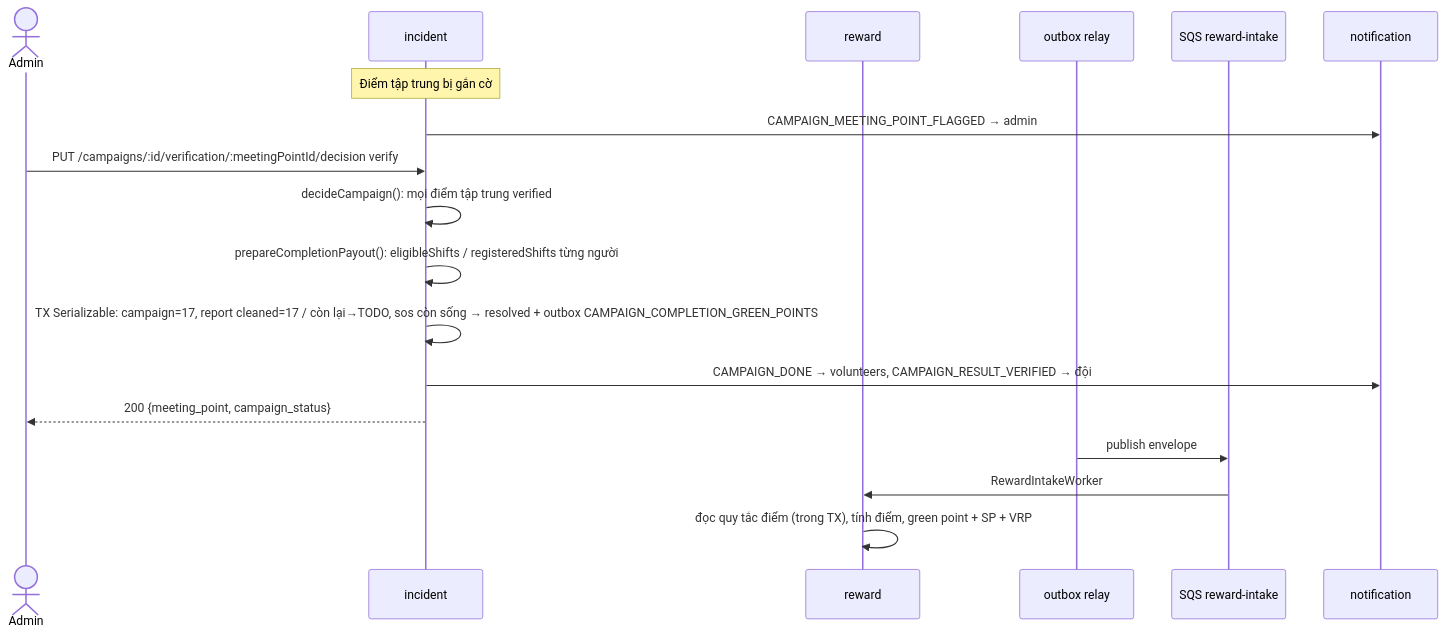
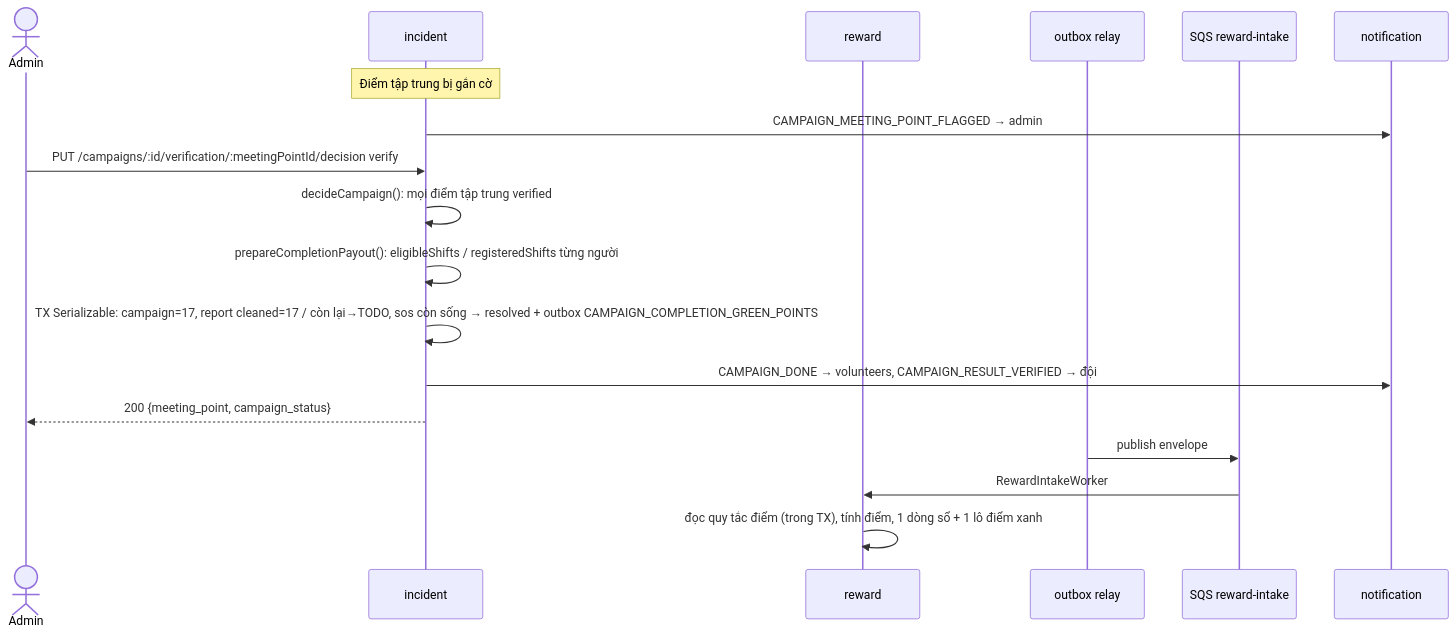
One commit to DOAN2-UQT-KN/ecolink-docs changed diagram 24 of 30 in 02-business-flows.md. Above: the diagram before and after it, drawn with Mermaid. The commit also changed other lines of this file and 10 other files, not shown here.

````diff
--- a/02-business-flows.md
+++ b/02-business-flows.md
@@ -1044,20 +1044,20 @@
 ```mermaid
 sequenceDiagram
   actor A as Admin
   participant INC as incident
   participant RW as reward
   participant RL as outbox relay
   participant Q as SQS reward-intake
   participant NS as notification
   Note over INC: Điểm tập trung bị gắn cờ
   INC->>NS: CAMPAIGN_MEETING_POINT_FLAGGED → admin
   A->>INC: PUT /campaigns/:id/verification/:meetingPointId/decision verify
   INC->>INC: decideCampaign(): mọi điểm tập trung verified
   INC->>INC: prepareCompletionPayout(): eligibleShifts / registeredShifts từng người
   INC->>INC: TX Serializable: campaign=17, report cleaned=17 / còn lại→TODO, sos còn sống → resolved + outbox CAMPAIGN_COMPLETION_GREEN_POINTS
   INC->>NS: CAMPAIGN_DONE → volunteers, CAMPAIGN_RESULT_VERIFIED → đội
   INC-->>A: 200 {meeting_point, campaign_status}
   RL->>Q: publish envelope
   Q->>RW: RewardIntakeWorker
-  RW->>RW: đọc quy tắc điểm (trong TX), tính điểm, green point + SP + VRP
+  RW->>RW: đọc quy tắc điểm (trong TX), tính điểm, 1 dòng sổ + 1 lô điểm xanh
 ```
````
